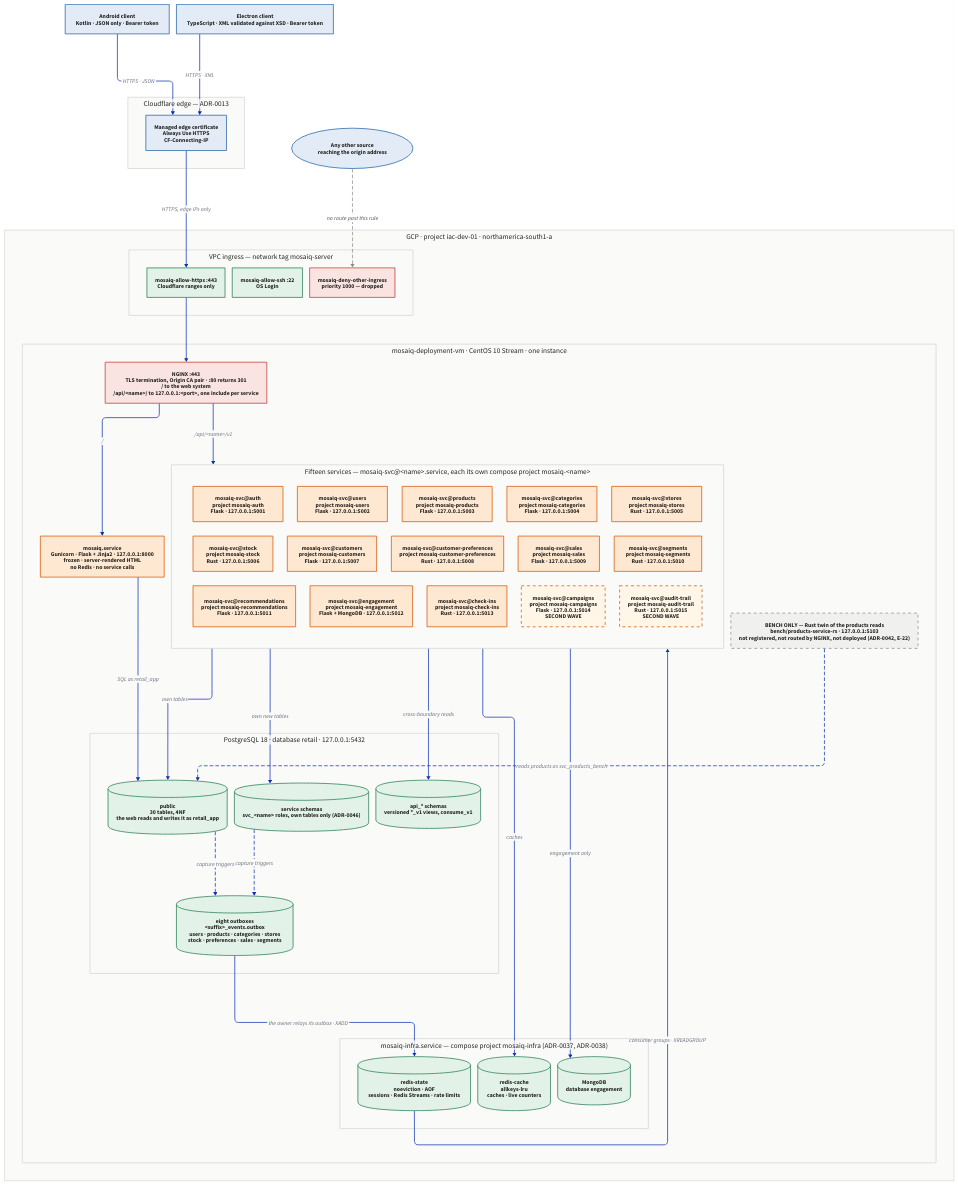
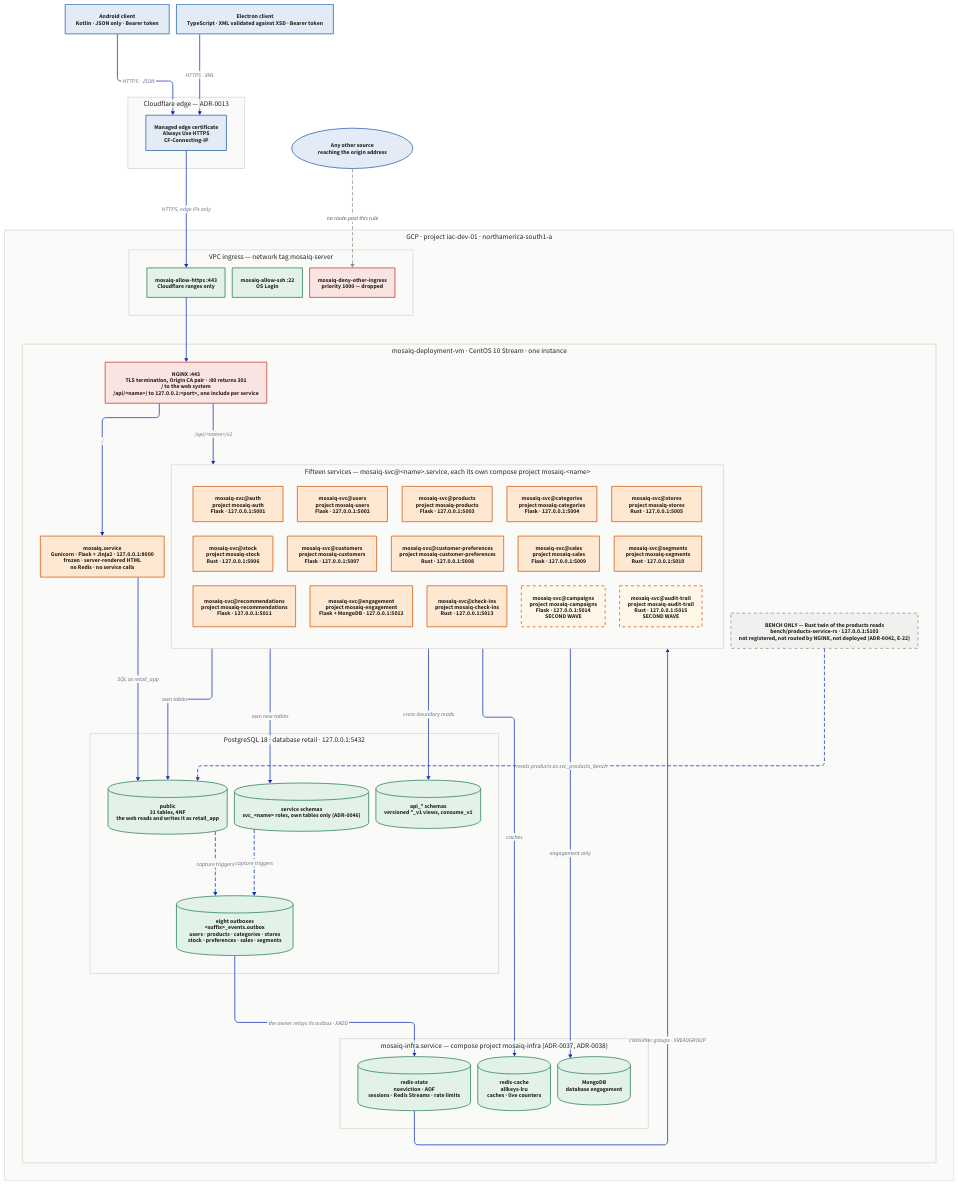
Before and after one commit to Equipo-03-Proyecto10/retail-segmentation: the diagram in docs/architecture/deployment.d2, drawn with D2. The commit also changed 12 other files, not shown here.

```diff
--- a/docs/architecture/deployment.d2
+++ b/docs/architecture/deployment.d2
@@ -1,116 +1,116 @@
 # Deployment view of the delivered system: what runs on the one instance,
 # under which systemd unit and compose project, and what reaches it.
 # Sources: deploy/README.md, deploy/nginx/mosaiq.conf, deploy/systemd/*.service,
 # deploy/infra/compose.yaml, docs/infra.md, bench/README.md, ADR-0006, ADR-0009,
 # ADR-0013, ADR-0040, ADR-0041, ADR-0042, ADR-0044.
 #
 # No arrow joins two services. They meet only through the producer's api_*
 # objects in PostgreSQL and through Redis Streams (ADR-0044).
 direction: down
 
 vars: {
   d2-config: {
     layout-engine: elk
   }
 }
 
 classes: {
   external: { style: { fill: "#E2EBF6"; stroke: "#1F5FA8"; font-color: "#232320" } }
   allow:    { style: { fill: "#E3F2E9"; stroke: "#1F7A4C"; font-color: "#232320" } }
   deny:     { style: { fill: "#FAE4E2"; stroke: "#C0342B"; font-color: "#232320" } }
   gatenode: { style: { fill: "#FAE4E2"; stroke: "#C0342B"; font-color: "#232320" } }
   store:    { style: { fill: "#E3F2E9"; stroke: "#1F7A4C"; font-color: "#232320" } }
   appnode:  { style: { fill: "#FFE8D1"; stroke: "#D45400"; font-color: "#232320" } }
   svc:      { style: { fill: "#FFE8D1"; stroke: "#D45400"; font-color: "#232320" } }
   svc2:     { style: { fill: "#FFF6E8"; stroke: "#D45400"; font-color: "#232320"; stroke-dash: 4; stroke-width: 2 } }
   bench:    { style: { fill: "#F0F0EE"; stroke: "#8C8C86"; stroke-dash: 4; font-color: "#232320" } }
   layer:    { style: { fill: "#FAFAF9"; stroke: "#D5D5D1"; font-color: "#232320"; font-size: 20 } }
 }
 
 android: "Android client\nKotlin · JSON only · Bearer token" { class: external }
 electron: "Electron client\nTypeScript · XML validated against XSD · Bearer token" { class: external }
 direct: "Any other source\nreaching the origin address" { class: external; shape: oval }
 
 edge: "Cloudflare edge — ADR-0013" {
   class: layer
   cf: "Managed edge certificate\nAlways Use HTTPS\nCF-Connecting-IP" { class: external }
 }
 
 gcp: "GCP · project iac-dev-01 · northamerica-south1-a" {
   class: layer
 
   fw: "VPC ingress — network tag mosaiq-server" {
     class: layer
     fw443: "mosaiq-allow-https :443\nCloudflare ranges only" { class: allow }
     fw22: "mosaiq-allow-ssh :22\nOS Login" { class: allow }
     fwdeny: "mosaiq-deny-other-ingress\npriority 1000 — dropped" { class: deny }
   }
 
   vm: "mosaiq-deployment-vm · CentOS 10 Stream · one instance" {
     class: layer
 
     nginx: "NGINX :443\nTLS termination, Origin CA pair · :80 returns 301\n/ to the web system\n/api/<name>/ to 127.0.0.1:<port>, one include per service" { class: gatenode }
 
     web: "mosaiq.service\nGunicorn · Flask + Jinja2 · 127.0.0.1:8000\nfrozen · server-rendered HTML\nno Redis · no service calls" { class: appnode }
 
     services: "Fifteen services — mosaiq-svc@<name>.service, each its own compose project mosaiq-<name>" {
       class: layer
       grid-rows: 3
       auth: "mosaiq-svc@auth\nproject mosaiq-auth\nFlask · 127.0.0.1:5001" { class: svc }
       users: "mosaiq-svc@users\nproject mosaiq-users\nFlask · 127.0.0.1:5002" { class: svc }
       products: "mosaiq-svc@products\nproject mosaiq-products\nFlask · 127.0.0.1:5003" { class: svc }
       categories: "mosaiq-svc@categories\nproject mosaiq-categories\nFlask · 127.0.0.1:5004" { class: svc }
       stores: "mosaiq-svc@stores\nproject mosaiq-stores\nRust · 127.0.0.1:5005" { class: svc }
       stock: "mosaiq-svc@stock\nproject mosaiq-stock\nRust · 127.0.0.1:5006" { class: svc }
       customers: "mosaiq-svc@customers\nproject mosaiq-customers\nFlask · 127.0.0.1:5007" { class: svc }
       customer_preferences: "mosaiq-svc@customer-preferences\nproject mosaiq-customer-preferences\nRust · 127.0.0.1:5008" { class: svc }
       sales: "mosaiq-svc@sales\nproject mosaiq-sales\nFlask · 127.0.0.1:5009" { class: svc }
       segments: "mosaiq-svc@segments\nproject mosaiq-segments\nRust · 127.0.0.1:5010" { class: svc }
       recommendations: "mosaiq-svc@recommendations\nproject mosaiq-recommendations\nFlask · 127.0.0.1:5011" { class: svc }
       engagement: "mosaiq-svc@engagement\nproject mosaiq-engagement\nFlask + MongoDB · 127.0.0.1:5012" { class: svc }
       check_ins: "mosaiq-svc@check-ins\nproject mosaiq-check-ins\nRust · 127.0.0.1:5013" { class: svc }
       campaigns: "mosaiq-svc@campaigns\nproject mosaiq-campaigns\nFlask · 127.0.0.1:5014\nSECOND WAVE" { class: svc2 }
       audit_trail: "mosaiq-svc@audit-trail\nproject mosaiq-audit-trail\nRust · 127.0.0.1:5015\nSECOND WAVE" { class: svc2 }
     }
 
     bench: "BENCH ONLY — Rust twin of the products reads\nbench/products-service-rs · 127.0.0.1:5103\nnot registered, not routed by NGINX, not deployed (ADR-0042, E-22)" { class: bench }
 
     pg: "PostgreSQL 18 · database retail · 127.0.0.1:5432" {
       class: layer
-      public: "public\n30 tables, 4NF\nthe web reads and writes it as retail_app" { class: store; shape: cylinder }
+      public: "public\n31 tables, 4NF\nthe web reads and writes it as retail_app" { class: store; shape: cylinder }
       svcschemas: "service schemas\nsvc_<name> roles, own tables only (ADR-0046)" { class: store; shape: cylinder }
       api: "api_* schemas\nversioned *_v1 views, consume_v1" { class: store; shape: cylinder }
       outbox: "eight outboxes\n<suffix>_events.outbox\nusers · products · categories · stores\nstock · preferences · sales · segments" { class: store; shape: cylinder }
     }
 
     infra: "mosaiq-infra.service — compose project mosaiq-infra (ADR-0037, ADR-0038)" {
       class: layer
       rs: "redis-state\nnoeviction · AOF\nsessions · Redis Streams · rate limits" { class: store; shape: cylinder }
       rc: "redis-cache\nallkeys-lru\ncaches · live counters" { class: store; shape: cylinder }
       mongo: "MongoDB\ndatabase engagement" { class: store; shape: cylinder }
     }
   }
 }
 
 android -> edge.cf: "HTTPS · JSON"
 electron -> edge.cf: "HTTPS · XML"
 edge.cf -> gcp.fw.fw443: "HTTPS, edge IPs only"
 direct -> gcp.fw.fwdeny: "no route past this rule" {
   style: { stroke-dash: 4; stroke: "#8C8C86"; font-color: "#4F4F4A" }
 }
 gcp.fw.fw443 -> gcp.vm.nginx
 
 gcp.vm.nginx -> gcp.vm.web: "/"
 gcp.vm.nginx -> gcp.vm.services: "/api/<name>/v1"
 
 gcp.vm.web -> gcp.vm.pg.public: "SQL as retail_app"
 gcp.vm.services -> gcp.vm.pg.public: "own tables"
 gcp.vm.services -> gcp.vm.pg.svcschemas: "own new tables"
 gcp.vm.services -> gcp.vm.pg.api: "cross-boundary reads"
 gcp.vm.pg.public -> gcp.vm.pg.outbox: "capture triggers" { style.stroke-dash: 4 }
 gcp.vm.pg.svcschemas -> gcp.vm.pg.outbox: "capture triggers" { style.stroke-dash: 4 }
 gcp.vm.pg.outbox -> gcp.vm.infra.rs: "the owner relays its outbox · XADD"
 gcp.vm.infra.rs -> gcp.vm.services: "consumer groups · XREADGROUP"
 gcp.vm.services -> gcp.vm.infra.rc: "caches"
 gcp.vm.services -> gcp.vm.infra.mongo: "engagement only"
 gcp.vm.bench -> gcp.vm.pg.public: "reads products as svc_products_bench" { style.stroke-dash: 4 }
```
